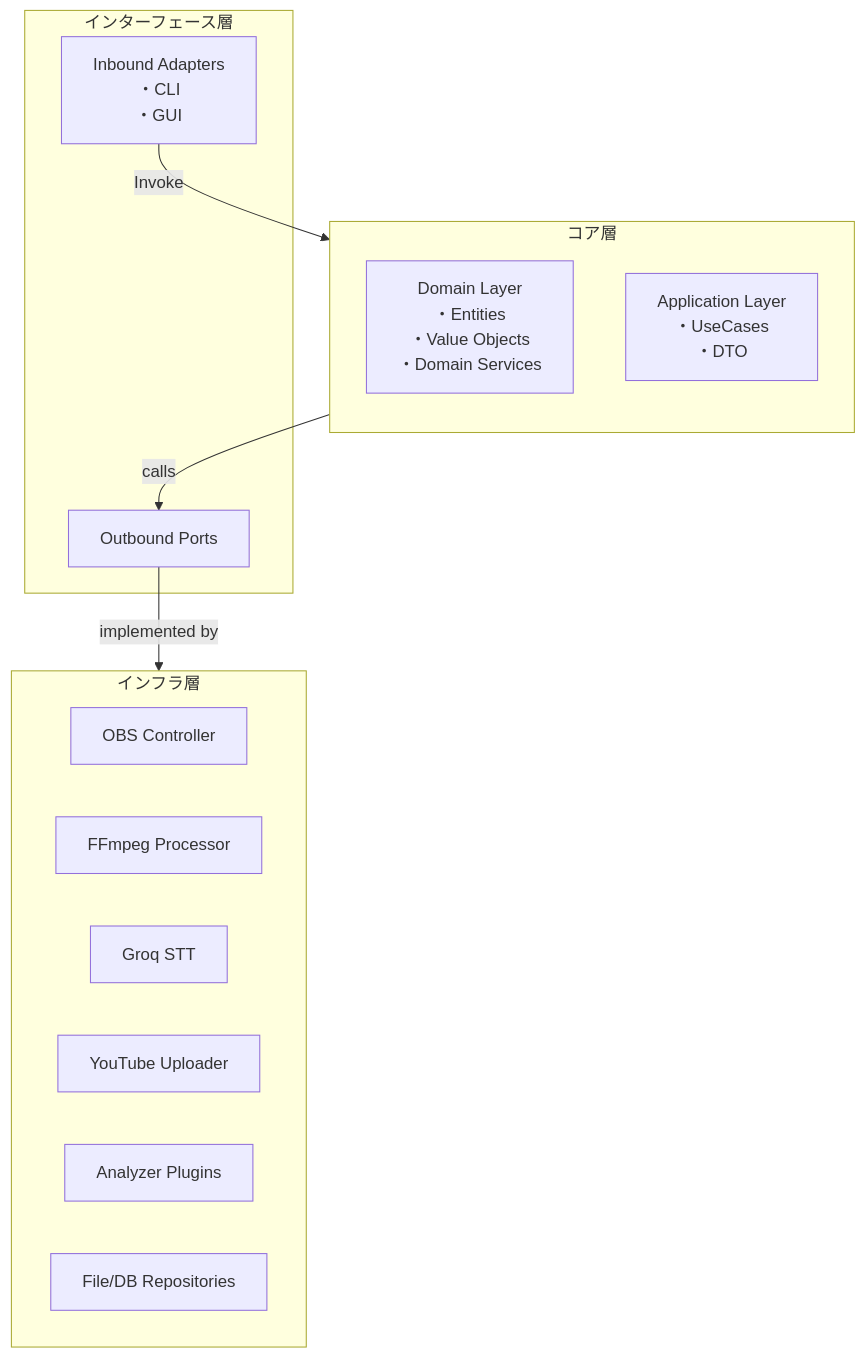
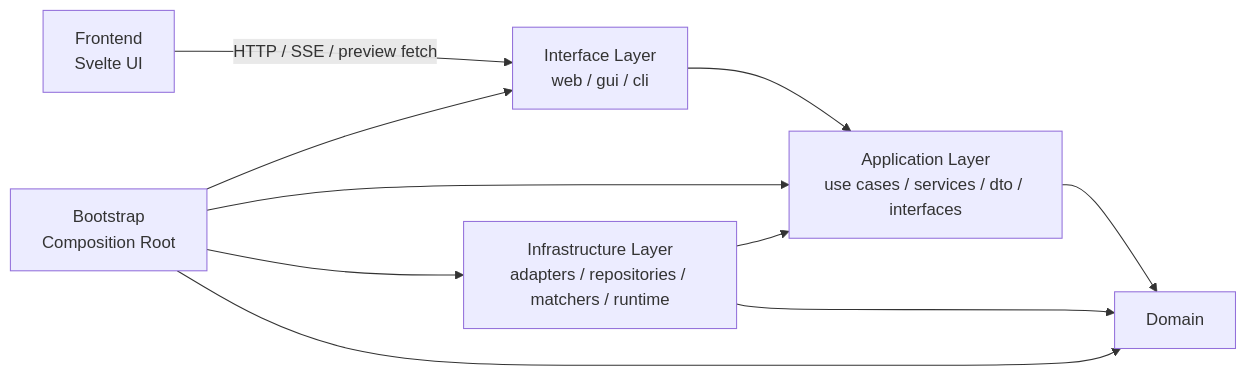
One commit to saw4405/splat-replay2 changed the diagram in docs/internal_design.md. Above: the diagram before and after it, drawn with Mermaid. The commit also changed other lines of this file and 36 other files, not shown here.

````diff
--- a/docs/internal_design.md
+++ b/docs/internal_design.md
@@ -16,26 +56,15 @@
 ```mermaid
-graph TD
-    subgraph Core[コア層]
-        direction TB
-        Domain[Domain Layer<br/>・Entities<br/>・Value Objects<br/>・Domain Services]
-        Application[Application Layer<br/>・UseCases<br/>・DTO]
-    end
+graph LR
+    Frontend[Frontend<br/>Svelte UI] -->|HTTP / SSE / preview fetch| Interface
 
-    subgraph Interface[インターフェース層]
-        InboundAdapters[Inbound Adapters<br/>・CLI<br/>・GUI]
-        OutboundPorts[Outbound Ports]
-    end
+    Bootstrap[Bootstrap<br/>Composition Root]
+    Bootstrap --> Interface
+    Bootstrap --> Application
+    Bootstrap --> Infrastructure
+    Bootstrap --> Domain
 
-    subgraph Infrastructure[インフラ層]
-        OBSAdapter[OBS Controller]
-        FFmpegAdapter[FFmpeg Processor]
-        GroqAdapter[Groq STT]
-        YTAdapter[YouTube Uploader]
-        AnalyzerPlugins[Analyzer Plugins]
-        StorageAdapters[File/DB Repositories]
-    end
-
-    InboundAdapters--Invoke-->Application
-    Application--calls-->OutboundPorts
-    OutboundPorts--implemented by-->Infrastructure
+    Interface[Interface Layer<br/>web / gui / cli] --> Application
+    Application[Application Layer<br/>use cases / services / dto / interfaces] --> Domain
+    Infrastructure[Infrastructure Layer<br/>adapters / repositories / matchers / runtime] --> Application
+    Infrastructure --> Domain
 ```
````
